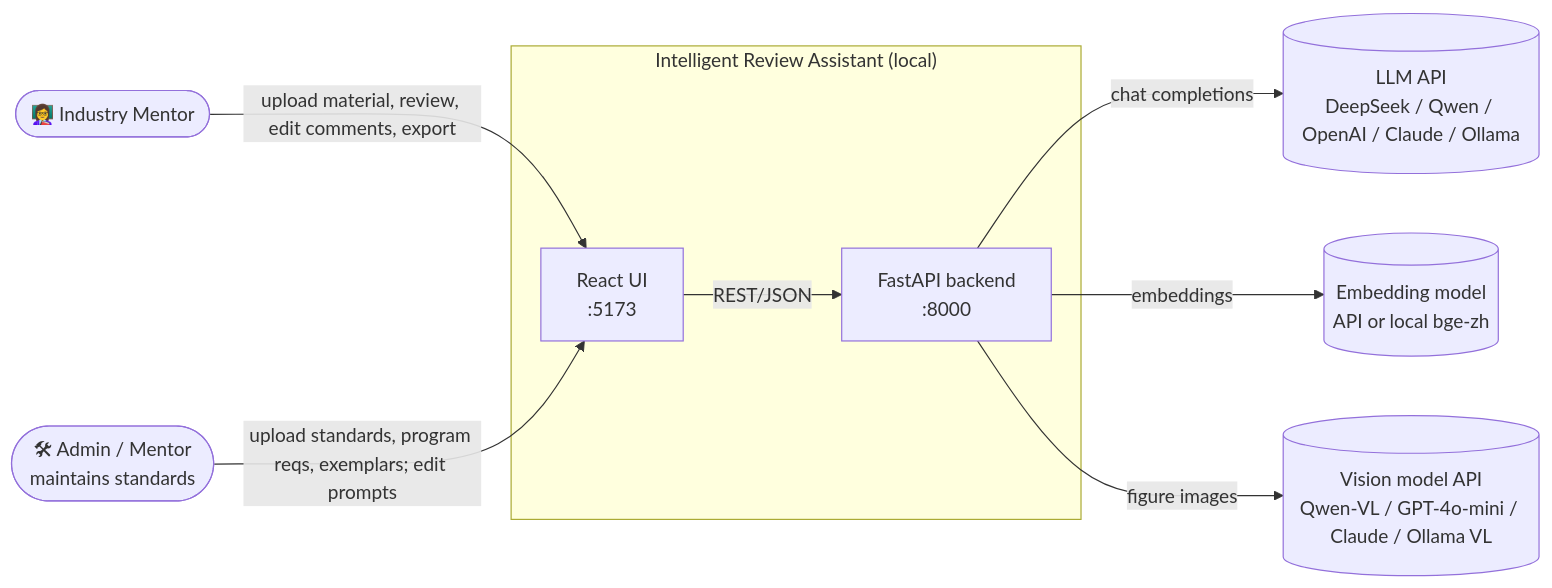
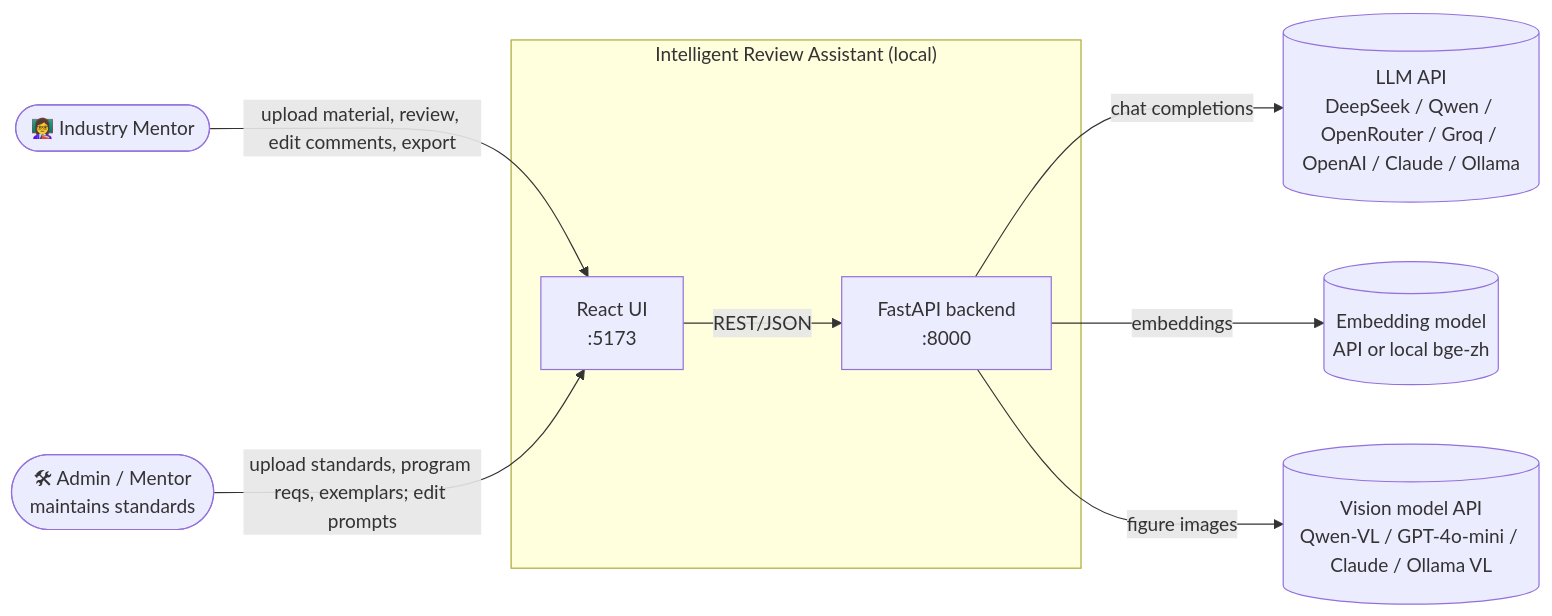
One commit to hamza-prof/industry-mentor-llm-agent changed the first of 9 diagrams in architecture.md. Above: the diagram before and after it, drawn with Mermaid. The commit also changed other lines of this file and 15 other files, not shown here.

````diff
--- a/architecture.md
+++ b/architecture.md
@@ -9,19 +9,19 @@
 ```mermaid
 flowchart LR
     Mentor([👩‍🏫 Industry Mentor])
     Admin([🛠 Admin / Mentor<br/>maintains standards])
     subgraph Tool["Intelligent Review Assistant (local)"]
         UI[React UI<br/>:5173]
         API[FastAPI backend<br/>:8000]
     end
-    LLM[(LLM API<br/>DeepSeek / Qwen / OpenAI / Claude / Ollama)]
+    LLM[(LLM API<br/>DeepSeek / Qwen / OpenRouter / Groq / OpenAI / Claude / Ollama)]
     VIS[(Vision model API<br/>Qwen-VL / GPT-4o-mini / Claude / Ollama VL)]
     EMB[(Embedding model<br/>API or local bge-zh)]
 
     Mentor -- upload material, review, edit comments, export --> UI
     Admin -- upload standards, program reqs, exemplars; edit prompts --> UI
     UI -- REST/JSON --> API
     API -- chat completions --> LLM
     API -- embeddings --> EMB
     API -- figure images --> VIS
 ```
````
